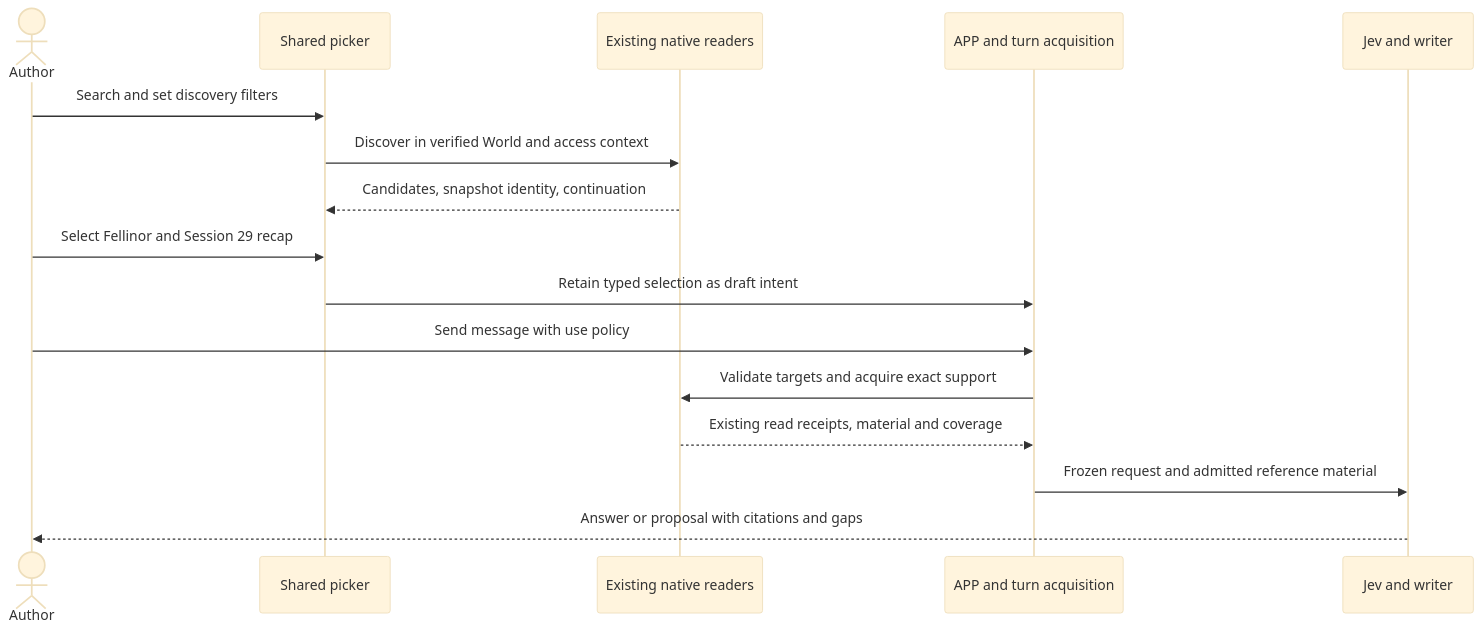
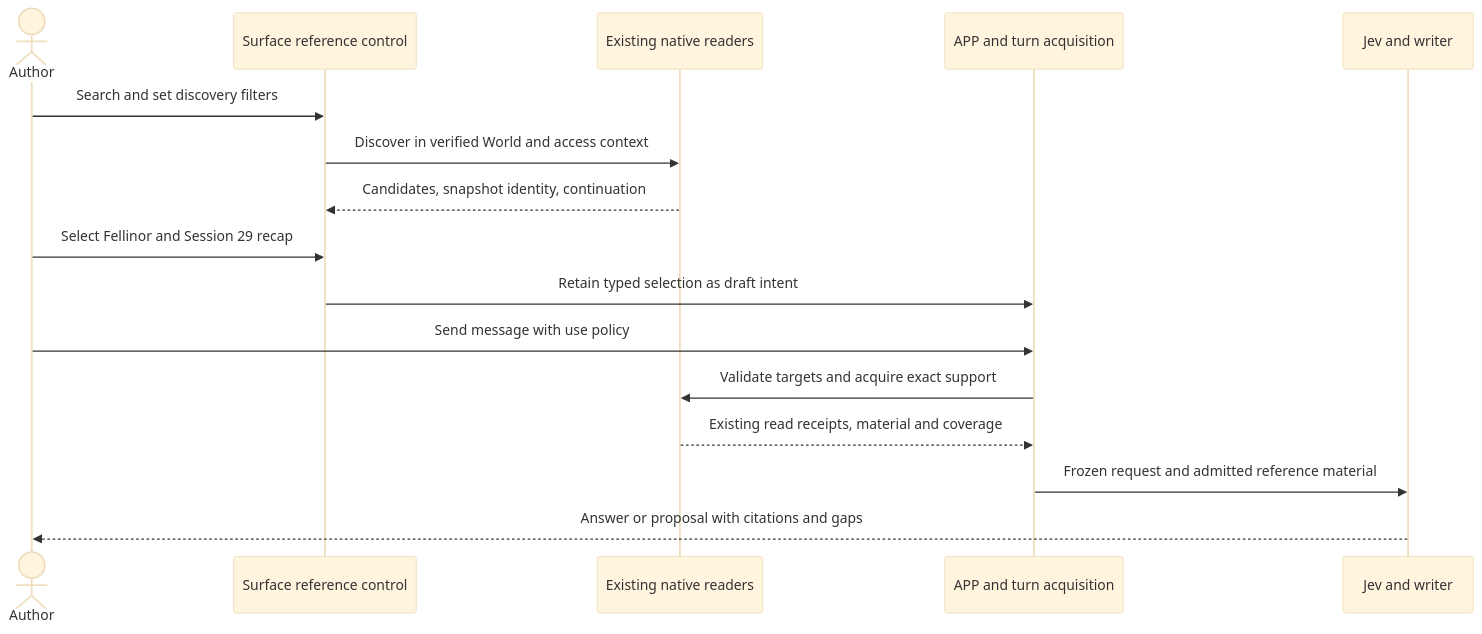
The second of 2 diagrams in Docs/Design/ARCHITECTURE-shared-context-references.md (Drakosfire/DungeonMindBuddy), drawn with Mermaid (base theme) before and after one commit. The commit also changed other lines of this file, not shown here.

Commit message:
DESIGN: ground references in surface-specific integration

````diff
--- a/Docs/Design/ARCHITECTURE-shared-context-references.md
+++ b/Docs/Design/ARCHITECTURE-shared-context-references.md
@@ -145,18 +160,18 @@
 ```mermaid
 sequenceDiagram
   actor Author
-  participant Picker as Shared picker
+  participant Picker as Surface reference control
   participant Native as Existing native readers
   participant App as APP and turn acquisition
   participant Buddy as Jev and writer
   Author->>Picker: Search and set discovery filters
   Picker->>Native: Discover in verified World and access context
   Native-->>Picker: Candidates, snapshot identity, continuation
   Author->>Picker: Select Fellinor and Session 29 recap
   Picker->>App: Retain typed selection as draft intent
   Author->>App: Send message with use policy
   App->>Native: Validate targets and acquire exact support
   Native-->>App: Existing read receipts, material and coverage
   App->>Buddy: Frozen request and admitted reference material
   Buddy-->>Author: Answer or proposal with citations and gaps
 ```
````
